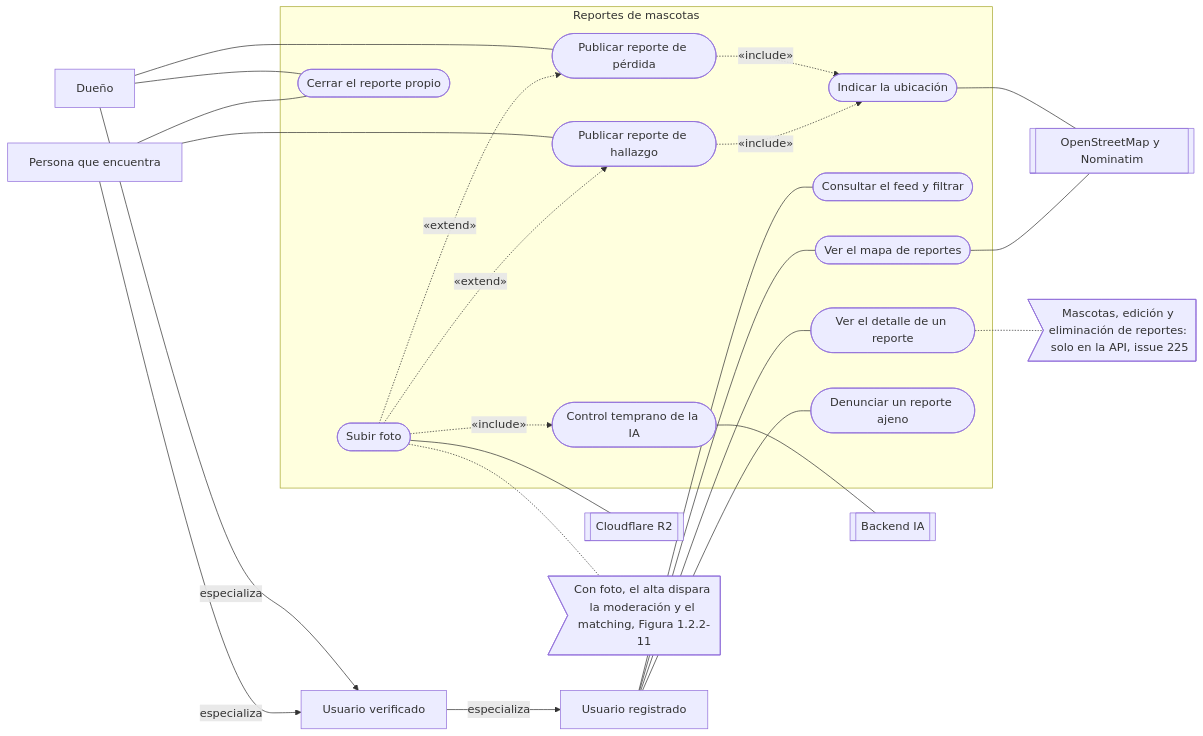
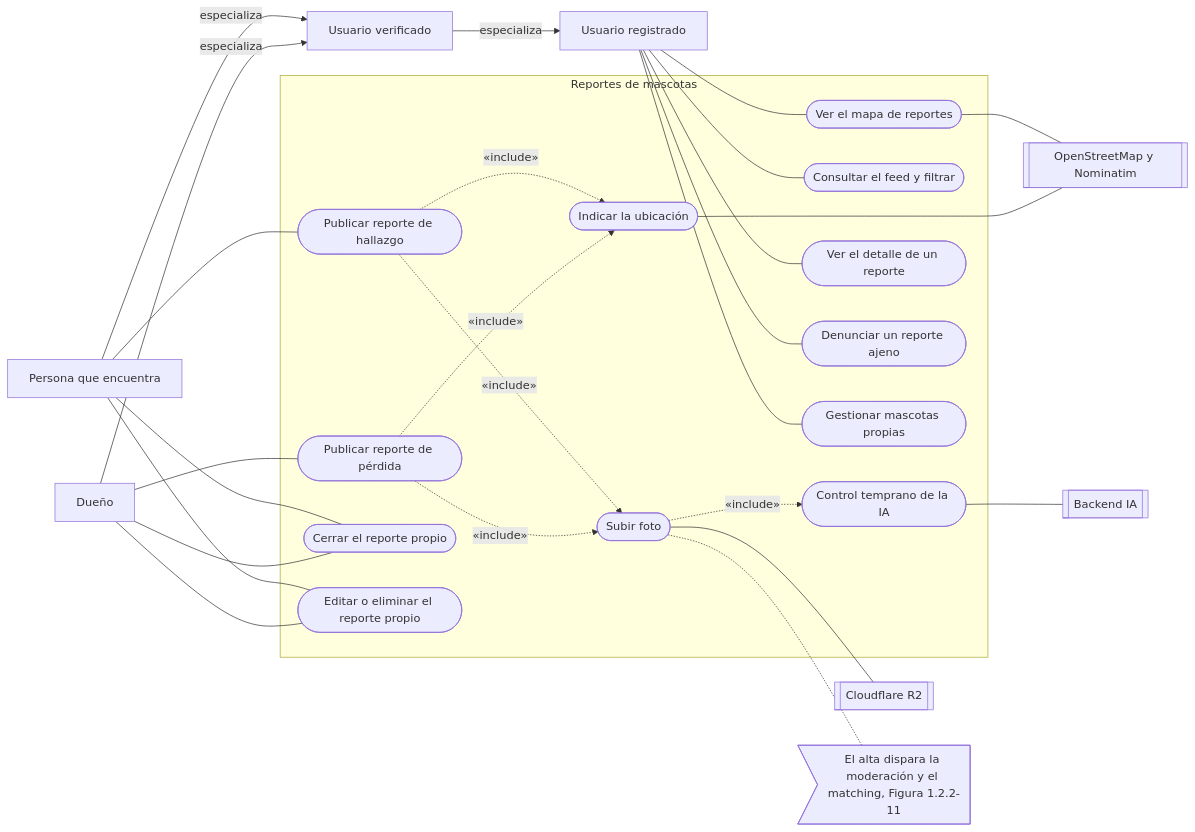
The third of 6 diagrams in docs/informe/1-2-2-modelo-funcional.md (ISI-ProyectoFinal-2026/Grupo1), drawn with Mermaid before and after one commit. The commit also changed other lines of this file and 7 other files, not shown here.

````diff
--- a/docs/informe/1-2-2-modelo-funcional.md
+++ b/docs/informe/1-2-2-modelo-funcional.md
@@ -126,46 +126,49 @@
 ```mermaid
 flowchart LR
   REG["Usuario registrado"]
   VER["Usuario verificado"]
   DUE["Dueño"]
   PQE["Persona que encuentra"]
   VER -->|especializa| REG
   DUE -->|especializa| VER
   PQE -->|especializa| VER
   subgraph RP["Reportes de mascotas"]
     R1(["Publicar reporte de pérdida"])
     R2(["Publicar reporte de hallazgo"])
     R3(["Indicar la ubicación"])
     R4(["Subir foto"])
     R5(["Control temprano de la IA"])
     R6(["Consultar el feed y filtrar"])
     R7(["Ver el mapa de reportes"])
     R8(["Ver el detalle de un reporte"])
     R9(["Cerrar el reporte propio"])
     R10(["Denunciar un reporte ajeno"])
+    R11(["Editar o eliminar el reporte propio"])
+    R12(["Gestionar mascotas propias"])
   end
   IA[["Backend IA"]]
   CF[["Cloudflare R2"]]
   OSM[["OpenStreetMap y Nominatim"]]
-  N1>"Con foto, el alta dispara la moderación y el matching, Figura 1.2.2-11"]
-  N2>"Mascotas, edición y eliminación de reportes: solo en la API, issue 225"]
+  N1>"El alta dispara la moderación y el matching, Figura 1.2.2-11"]
   DUE --- R1
   PQE --- R2
   R1 -.->|"«include»"| R3
   R2 -.->|"«include»"| R3
-  R4 -.->|"«extend»"| R1
-  R4 -.->|"«extend»"| R2
+  R1 -.->|"«include»"| R4
+  R2 -.->|"«include»"| R4
   R4 -.->|"«include»"| R5
   REG --- R6
   REG --- R7
   REG --- R8
   REG --- R10
   DUE --- R9
   PQE --- R9
+  DUE --- R11
+  PQE --- R11
+  REG --- R12
   R4 --- CF
   R5 --- IA
   R3 --- OSM
   R7 --- OSM
   R4 -.- N1
-  R8 -.- N2
 ```
````
